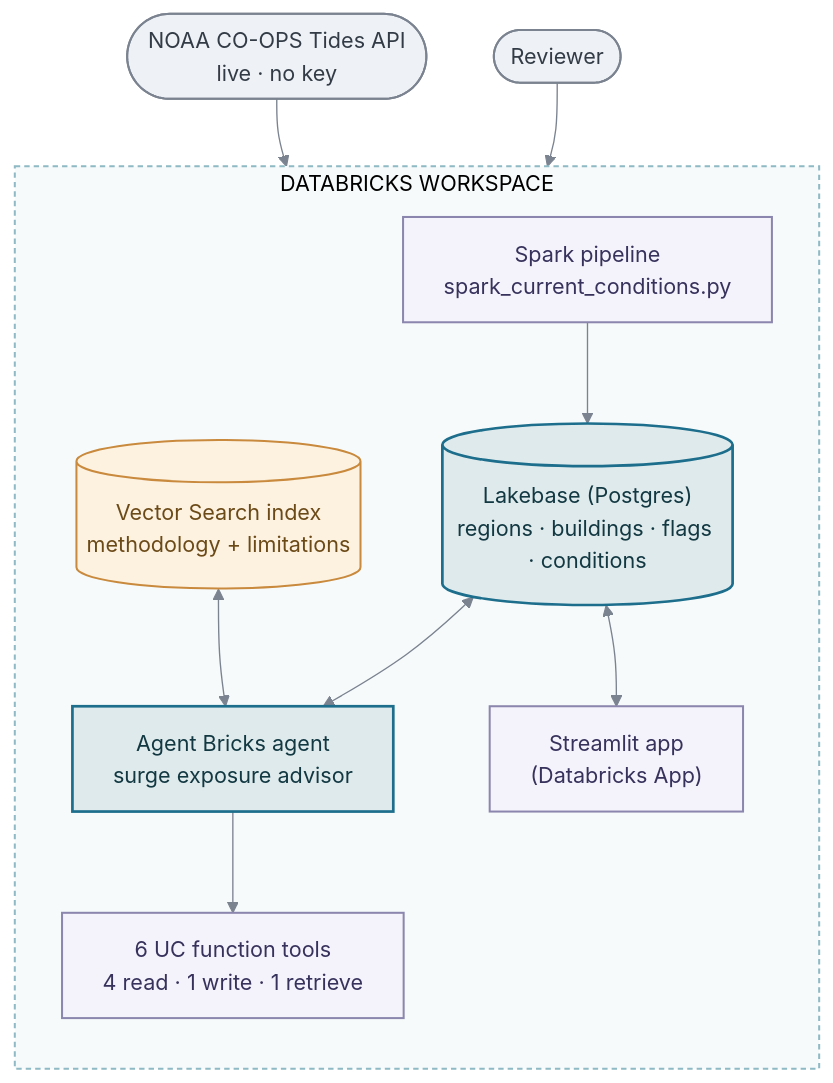
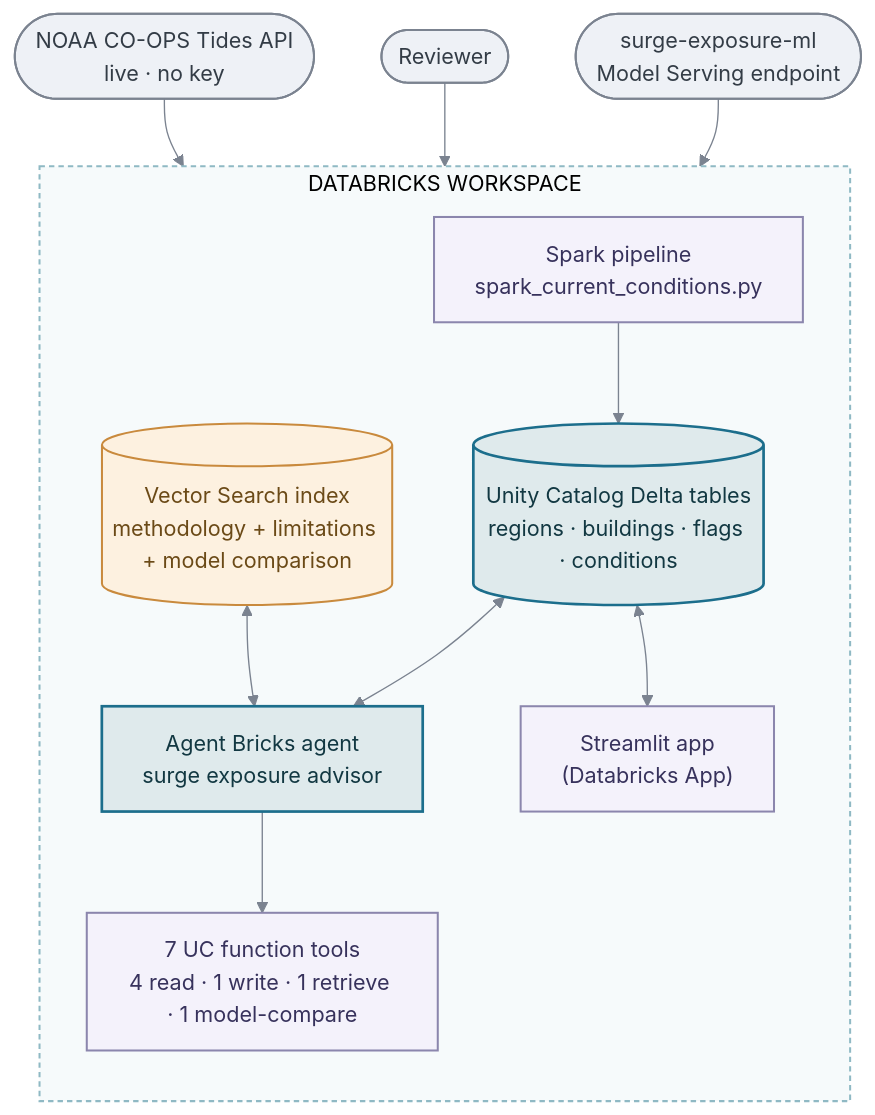
The first of 5 diagrams in README.md (DBishal13/databricks-ai-capstone), drawn with Mermaid before and after one commit. The commit also changed other lines of this file and 1 other file, not shown here.

First line of the commit message:
Update Surge Exposure Advisor: 7 tools, Delta migration, ML model comparison

````diff
--- a/README.md
+++ b/README.md
@@ -68,26 +68,28 @@
 ```mermaid
 %%{init: {"theme": "base", "themeVariables": {"primaryColor": "#ffffff", "primaryBorderColor": "#7b8390", "primaryTextColor": "#1f2937", "lineColor": "#7b8390"}}}%%
 flowchart TD
     NOAA(["NOAA CO-OPS Tides API<br/>live · no key"]) --> Spark
     Human(["Reviewer"]) --> App
 
+    ML(["surge-exposure-ml<br/>Model Serving endpoint"]) --> AgentBricks
+
     subgraph WORKSPACE["DATABRICKS WORKSPACE"]
         direction TB
-        Spark["Spark pipeline<br/>spark_current_conditions.py"] --> Lakebase[("Lakebase (Postgres)<br/>regions · buildings · flags · conditions")]
-        Lakebase <--> AgentBricks["Agent Bricks agent<br/>surge exposure advisor"]
-        VS[("Vector Search index<br/>methodology + limitations")] <--> AgentBricks
-        AgentBricks --> Tools["6 UC function tools<br/>4 read · 1 write · 1 retrieve"]
-        Lakebase <--> App["Streamlit app<br/>(Databricks App)"]
+        Spark["Spark pipeline<br/>spark_current_conditions.py"] --> UC[("Unity Catalog Delta tables<br/>regions · buildings · flags · conditions")]
+        UC <--> AgentBricks["Agent Bricks agent<br/>surge exposure advisor"]
+        VS[("Vector Search index<br/>methodology + limitations + model comparison")] <--> AgentBricks
+        AgentBricks --> Tools["7 UC function tools<br/>4 read · 1 write · 1 retrieve · 1 model-compare"]
+        UC <--> App["Streamlit app<br/>(Databricks App)"]
     end
 
     style WORKSPACE fill:#f6fafb,stroke:#8fb9c4,stroke-width:1.5px,stroke-dasharray:4 3
 
     classDef hub fill:#dfeaec,stroke:#1c6e8c,stroke-width:2px,color:#123842;
     classDef store fill:#fdf1e0,stroke:#c98a3d,stroke-width:1.5px,color:#6b4a17;
     classDef ext fill:#eef1f6,stroke:#7b8390,stroke-width:1.5px,color:#333c46;
     classDef proc fill:#f4f2fb,stroke:#8b86ad,stroke-width:1.5px,color:#37325c;
-    class Lakebase,AgentBricks hub
+    class UC,AgentBricks hub
     class VS store
-    class NOAA,Human ext
+    class NOAA,Human,ML ext
     class Spark,Tools,App proc
 ```
````
